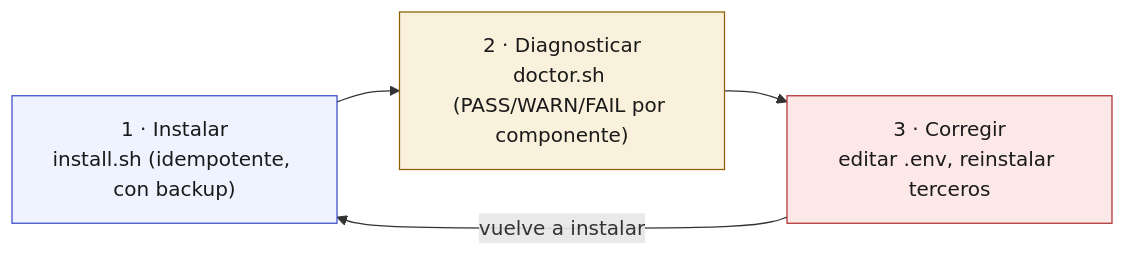
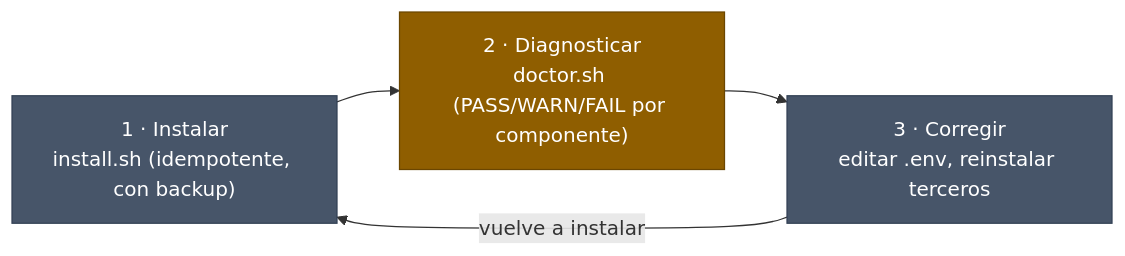
The diagram in kit/README.md (manuelcozar55/setup-claude-code), drawn with Mermaid before and after one commit. The commit also changed 3 other files, not shown here.

First line of the commit message:
docs: los diagramas pasan a mermaid, legibles en los dos temas, y con sensor

````diff
--- a/kit/README.md
+++ b/kit/README.md
@@ -64,10 +64,11 @@
 ```mermaid
 flowchart LR
     I["1 · Instalar<br/>install.sh (idempotente, con backup)"]
     D["2 · Diagnosticar<br/>doctor.sh (PASS/WARN/FAIL por componente)"]
     C["3 · Corregir<br/>editar .env, reinstalar terceros"]
     I --> D --> C -->|"vuelve a instalar"| I
-    style I fill:#eef3ff,stroke:#3b4cca,color:#1a1a1a
-    style D fill:#faf1dc,stroke:#8f5e00,color:#1a1a1a
-    style C fill:#fde8e8,stroke:#b03030,color:#1a1a1a
+    classDef paso fill:#475569,stroke:#334155,color:#FFFFFF
+    classDef gate fill:#8F5E00,stroke:#6B4600,color:#FFFFFF
+    class I,C paso
+    class D gate
 ```
````
